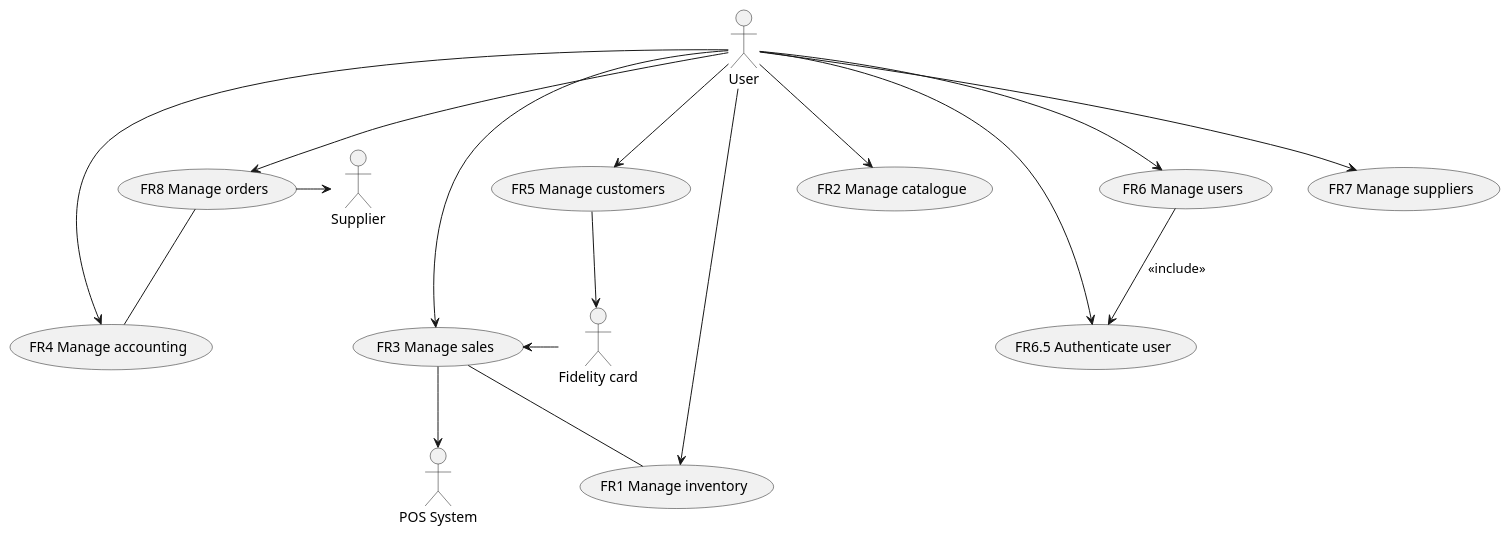
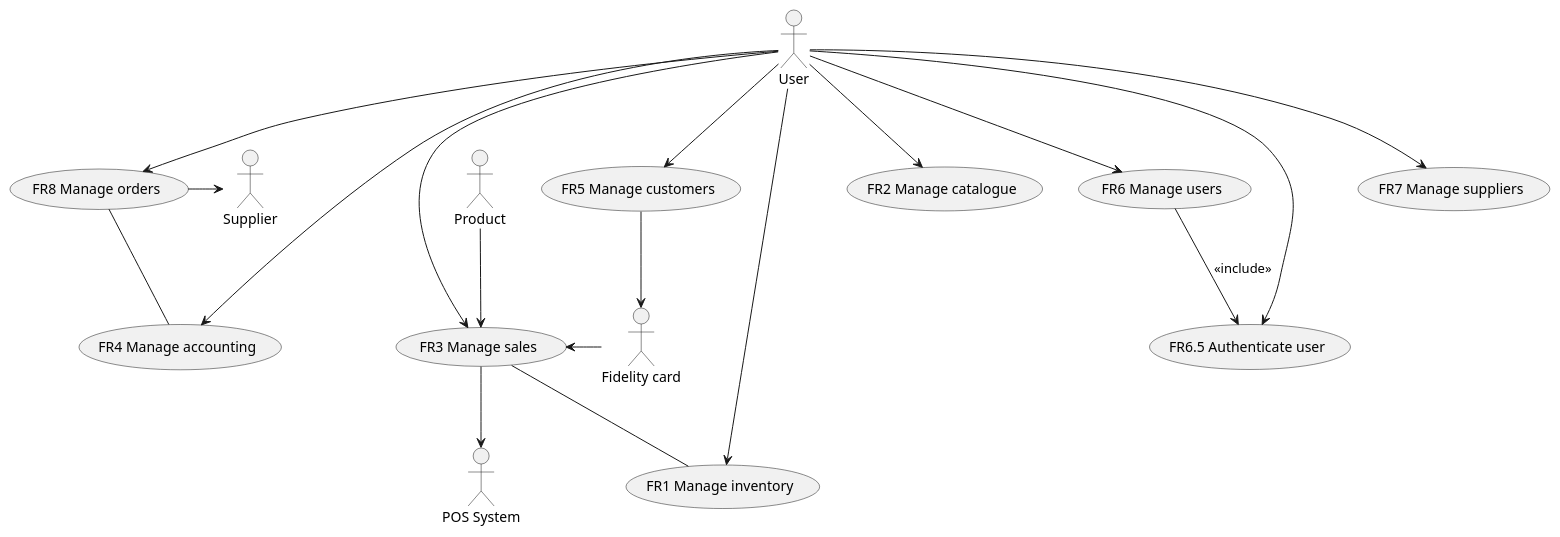
One commit to BMike10/EzShop changed the second of 5 diagrams in Deliverables/RequirementsDocument.md. Above: the diagram before and after it, drawn with PlantUML. The commit also changed other lines of this file, not shown here.

Commit message:
doc: inserted actors laser scanner and cash register or product

```diff
--- a/Deliverables/RequirementsDocument.md
+++ b/Deliverables/RequirementsDocument.md
@@ -228,64 +239,69 @@
 	@startuml usecase_diagram
 		' use cases
 		usecase "FR1 Manage inventory" as mi
 		usecase "FR2 Manage catalogue" as mca
 		usecase "FR3 Manage sales" as ms
 		usecase "FR4 Manage accounting" as ma
 		usecase "FR5 Manage customers" as mc
 		usecase "FR6 Manage users" as mu
 		usecase "FR7 Manage suppliers" as msu
 		usecase "FR8 Manage orders" as mo
 		usecase "FR6.5 Authenticate user" as mua	
 
 		' actors
 		actor :Supplier: as s
 		actor :POS System: as ccs
 		actor :Fidelity card: as fc	
 
-		' actor :Shop manager: as sm
-		' actor :Cashier: as cr
-		' actor :Accounting manager: as am
-		' actor :Warehouse manager: as wm
-		' variant with only the end user
+		''' actor :Shop manager: as sm
+		''' actor :Cashier: as cr
+		''' actor :Accounting manager: as am
+		''' actor :Warehouse manager: as wm
+		''' variant with only the end user
 		actor :User: as u
 		u --> mi
 		u --> mca
 		u --> ms
 		u --> ma
 		u --> mc
 		u --> mu
 		u --> msu
 		u --> mo
 		u --> mua
 
 		' associations
 		mu --> mua: <<include>>
 		ms -- mi
 		mo -- ma
-		' shop manager 
-		' sm --> mu
-		' ' sm --> ma
-		' ' sm --> mi
-		' ' sm --> mc
-		' ' sm --> ms
-		' sm --> msu
-		' sm -> mo
-		' ' sm --> mca
-		' ' accounting manager
-		' ma <-- am
-		' ' cashier
-		' ' mi <-- cr
-		' cr --> ms
-		' mc <-- cr
-		' ' warehouse manager
-		' mi <-- wm
-		' mca <-- wm
+		''' shop manager 
+		''' sm --> mu
+		''' ' sm --> ma
+		''' ' sm --> mi
+		''' ' sm --> mc
+		''' ' sm --> ms
+		''' sm --> msu
+		''' sm -> mo
+		''' ' sm --> mca
+		''' ' accounting manager
+		''' ma <-- am
+		''' ' cashier
+		''' ' mi <-- cr
+		''' cr --> ms
+		''' mc <-- cr
+		''' ' warehouse manager
+		''' mi <-- wm
+		''' mca <-- wm
 		
 		' POS system
 		ms --> ccs
 		' supplier 
 		mo -> s
 		' fidelity card
+		mc --> fc
+		''' ' if we choose barcode reader and laser beam scanner external
+		''' :Cash register: --> ms
+		''' :Laser beam scanner: --> ms
+		' if we choose barcode reader and laser beam scanner internal
+		:Product: --> ms
 		fc -> ms
-		mc --> fc
 	@enduml
```
